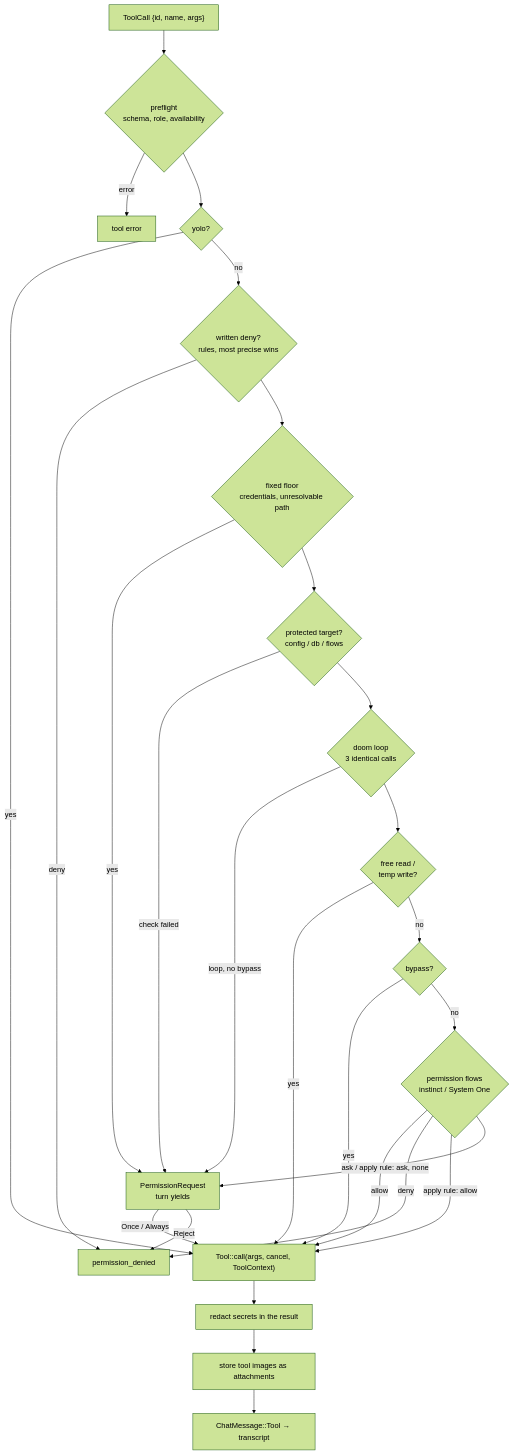
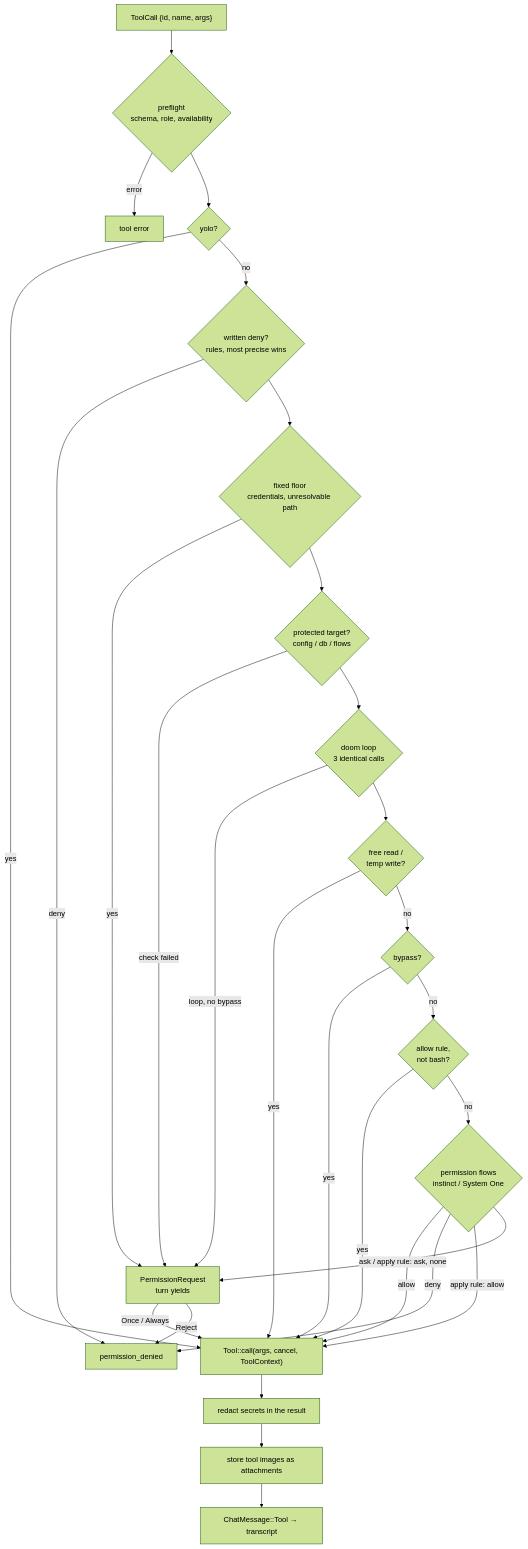
Before and after one commit to PixmaNts/withnav: the fourth of 4 diagrams in docs/architecture/current.md, drawn with Mermaid (forest theme). The commit also changed 7 other files, not shown here.

````diff
--- a/docs/architecture/current.md
+++ b/docs/architecture/current.md
@@ -144,29 +144,31 @@
 ```mermaid
 flowchart TD
   C["ToolCall {id, name, args}"] --> PF{preflight<br/>schema, role, availability}
   PF -- error --> ERR[tool error]
   PF --> Y{yolo?}
   Y -- yes --> RUN
   Y -- no --> RU{written deny?<br/>rules, most precise wins}
   RU -- deny --> DENY[permission_denied]
   RU --> FL{fixed floor<br/>credentials, unresolvable path}
   FL -- yes --> ASK
   FL --> PC{protected target?<br/>config / db / flows}
   PC -- "check failed" --> ASK
   PC --> DL{doom loop<br/>3 identical calls}
   DL -- "loop, no bypass" --> ASK
   DL --> FR{free read /<br/>temp write?}
   FR -- yes --> RUN
   FR -- no --> BP{bypass?}
   BP -- yes --> RUN
-  BP -- no --> FW{permission flows<br/>instinct / System One}
+  BP -- no --> AL{allow rule,<br/>not bash?}
+  AL -- yes --> RUN
+  AL -- no --> FW{permission flows<br/>instinct / System One}
   FW -- allow --> RUN
   FW -- deny --> DENY
   FW -- "apply rule: allow" --> RUN
   FW -- "ask / apply rule: ask, none" --> ASK["PermissionRequest<br/>turn yields"]
   ASK -- "Once / Always" --> RUN
   ASK -- Reject --> DENY
   RUN["Tool::call(args, cancel, ToolContext)"] --> RED["redact secrets in the result"]
   RED --> IMG["store tool images as attachments"]
   IMG --> RES["ChatMessage::Tool → transcript"]
 ```
````
